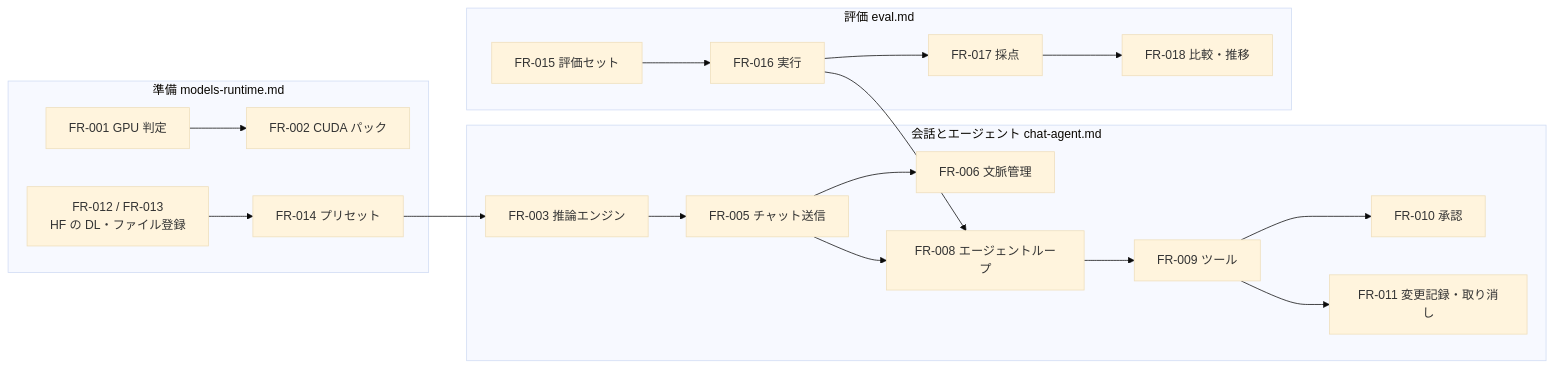
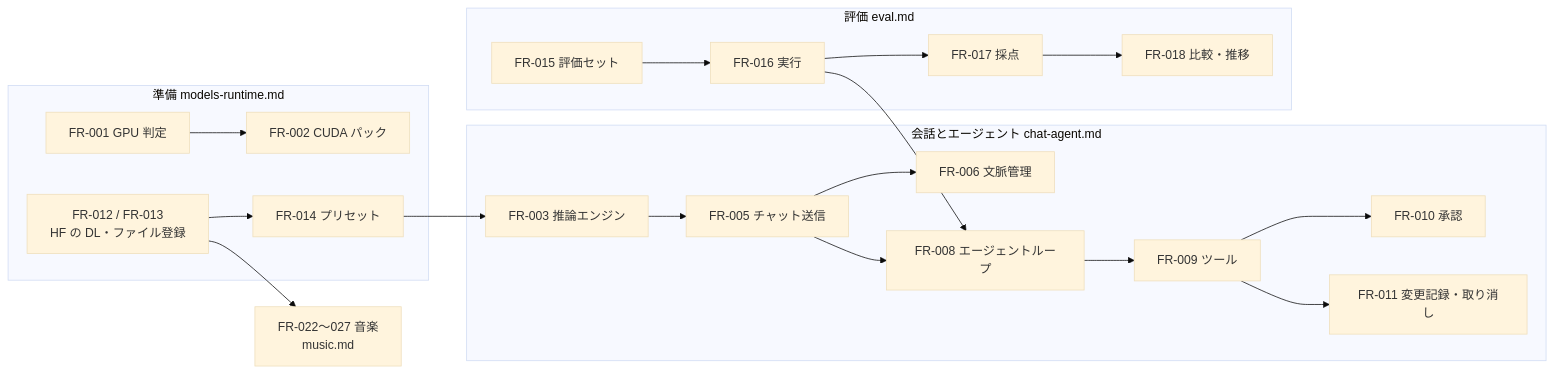
One commit to itiwoja/llm-party changed the diagram in docs/design/04_functional_spec/README.md. Above: the diagram before and after it, drawn with Mermaid (base theme). The commit also changed other lines of this file and 21 other files, not shown here.

````diff
--- a/docs/design/04_functional_spec/README.md
+++ b/docs/design/04_functional_spec/README.md
@@ -18,19 +18,21 @@
 ```mermaid
 flowchart LR
   subgraph F1[準備 models-runtime.md]
     FR001[FR-001 GPU 判定] --> FR002[FR-002 CUDA パック]
     FR012[FR-012 / FR-013<br/>HF の DL・ファイル登録] --> FR014[FR-014 プリセット]
   end
   subgraph F2[会話とエージェント chat-agent.md]
     FR003[FR-003 推論エンジン] --> FR005[FR-005 チャット送信]
     FR005 --> FR006[FR-006 文脈管理]
     FR005 --> FR008[FR-008 エージェントループ]
     FR008 --> FR009[FR-009 ツール] --> FR010[FR-010 承認]
     FR009 --> FR011[FR-011 変更記録・取り消し]
   end
   subgraph F3[評価 eval.md]
     FR015[FR-015 評価セット] --> FR016[FR-016 実行] --> FR017[FR-017 採点] --> FR018[FR-018 比較・推移]
   end
+  FRM[FR-022〜027 音楽<br/>music.md]
   FR014 --> FR003
   FR016 --> FR008
+  FR012 --> FRM
 ```
````
